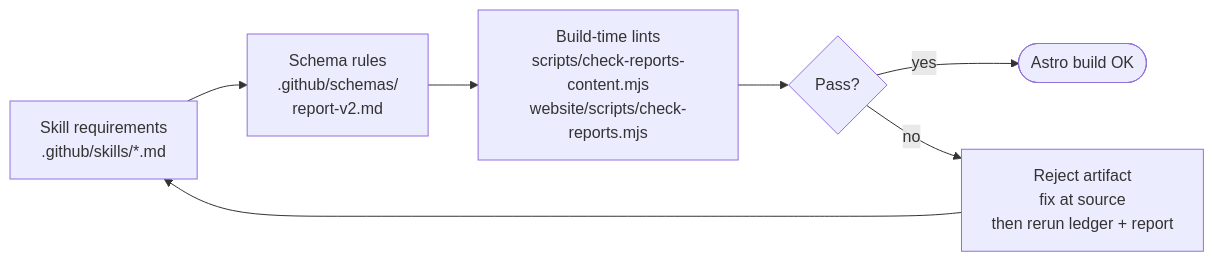
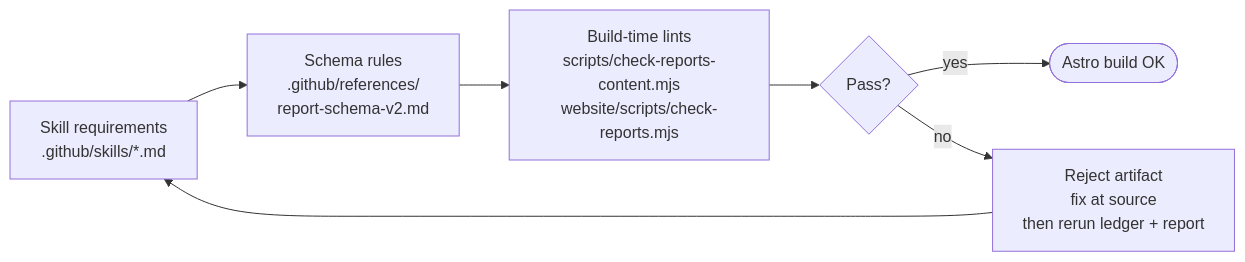
Before and after one commit to huangyingting/startup: the third of 3 diagrams in README.md, drawn with Mermaid. The commit also changed other lines of this file and 8 other files, not shown here.

First line of the commit message:
Refactor report schema references and update documentation

````diff
--- a/README.md
+++ b/README.md
@@ -88,9 +88,9 @@
 ```mermaid
 flowchart LR
-  A[Skill requirements<br/>.github/skills/*.md] --> B[Schema rules<br/>.github/schemas/<br/>report-v2.md]
+  A[Skill requirements<br/>.github/skills/*.md] --> B[Schema rules<br/>.github/references/<br/>report-schema-v2.md]
   B --> C[Build-time lints<br/>scripts/check-reports-content.mjs<br/>website/scripts/check-reports.mjs]
   C --> D{Pass?}
   D -- yes --> Ship([Astro build OK])
   D -- no --> Fix[Reject artifact<br/>fix at source<br/>then rerun ledger + report]
   Fix --> A
 ```
````
